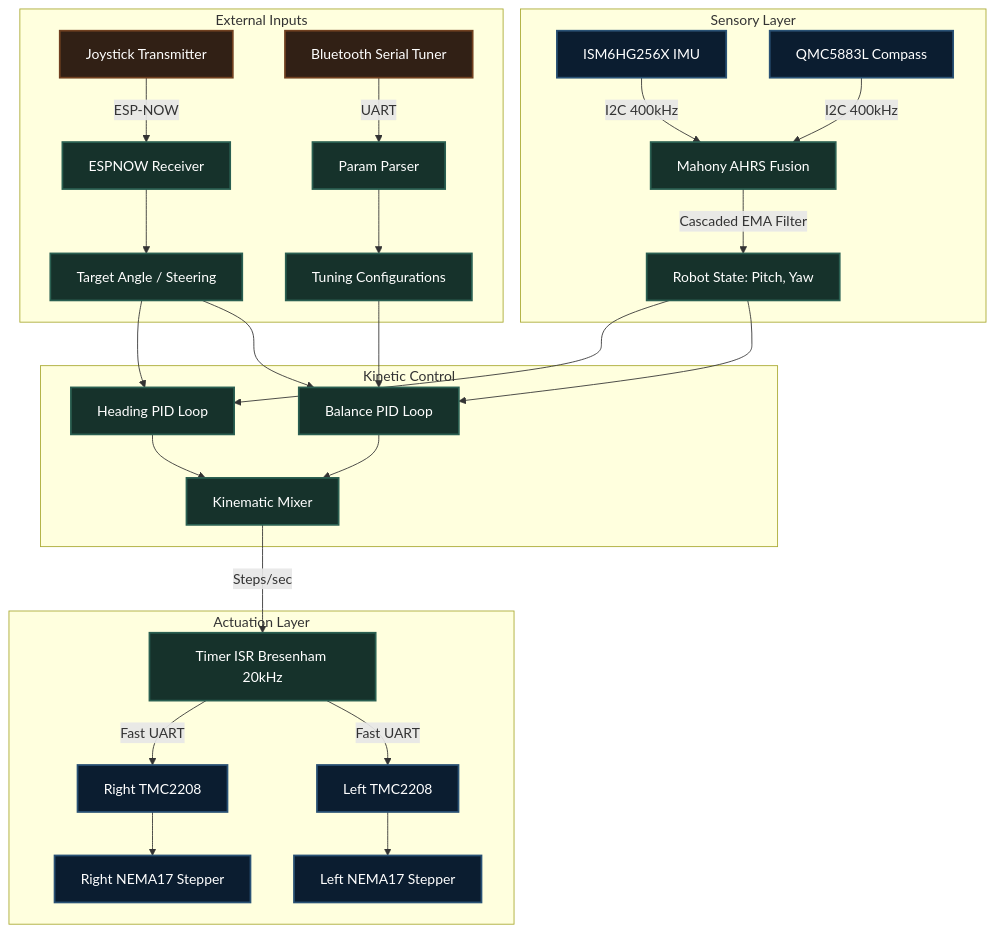
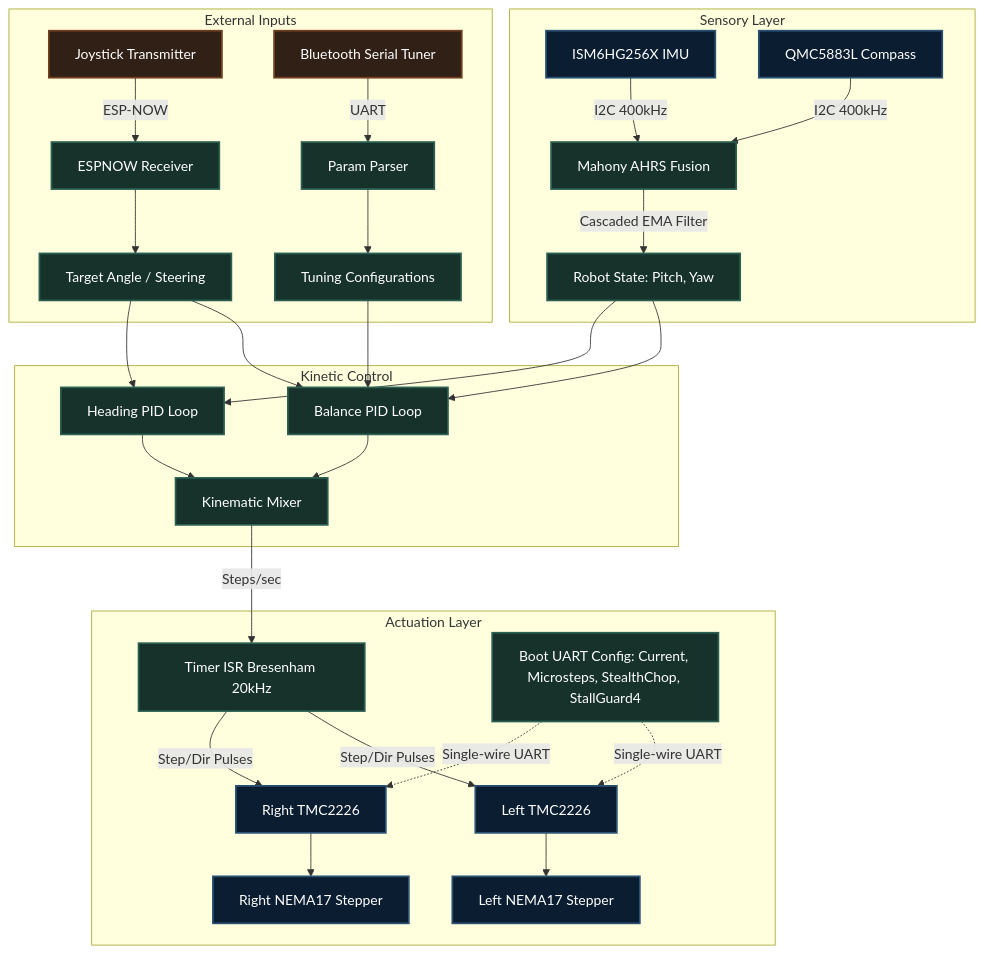
Before and after one commit to atharvap8/2PyBot: the diagram in docs/BaseLink/System_Architecture.md, drawn with Mermaid. The commit also changed other lines of this file and 7 other files, not shown here.

````diff
--- a/docs/BaseLink/System_Architecture.md
+++ b/docs/BaseLink/System_Architecture.md
@@ -12,37 +12,39 @@
 ```mermaid
 graph TD
     classDef hardware fill:#0b1d30,stroke:#2a5275,stroke-width:2px,color:#ffffff
     classDef software fill:#16322b,stroke:#2a5f51,stroke-width:2px,color:#ffffff
     classDef network fill:#312015,stroke:#704020,stroke-width:2px,color:#ffffff
 
     subgraph Sensory Layer
         IMU[ISM6HG256X IMU]:::hardware -->|I2C 400kHz| FUSION[Mahony AHRS Fusion]:::software
         MAG[QMC5883L Compass]:::hardware -->|I2C 400kHz| FUSION
         FUSION -->|Cascaded EMA Filter| STATE[Robot State: Pitch, Yaw]:::software
     end
 
     subgraph External Inputs
         JOY[Joystick Transmitter]:::network -->|ESP-NOW| RECV[ESPNOW Receiver]:::software
         TUNE[Bluetooth Serial Tuner]:::network -->|UART| UART_T[Param Parser]:::software
         RECV --> TGT[Target Angle / Steering]:::software
         UART_T --> C[Tuning Configurations]:::software
     end
 
     subgraph Kinetic Control
         STATE --> PID_BAL[Balance PID Loop]:::software
         STATE --> PID_YAW[Heading PID Loop]:::software
         TGT --> PID_BAL
         TGT --> PID_YAW
         C --> PID_BAL
         PID_BAL --> MIX[Kinematic Mixer]:::software
         PID_YAW --> MIX
     end
 
     subgraph Actuation Layer
         MIX -->|Steps/sec| TIMER[Timer ISR Bresenham 20kHz]:::software
-        TIMER -->|Fast UART| TMC1[Left TMC2208]:::hardware
-        TIMER -->|Fast UART| TMC2[Right TMC2208]:::hardware
+        TIMER -->|Step/Dir Pulses| TMC1[Left TMC2226]:::hardware
+        TIMER -->|Step/Dir Pulses| TMC2[Right TMC2226]:::hardware
+        CFGUART[Boot UART Config: Current, Microsteps, StealthChop, StallGuard4]:::software -.->|Single-wire UART| TMC1
+        CFGUART -.->|Single-wire UART| TMC2
         TMC1 --> M1[Left NEMA17 Stepper]:::hardware
         TMC2 --> M2[Right NEMA17 Stepper]:::hardware
     end
 ```
````
